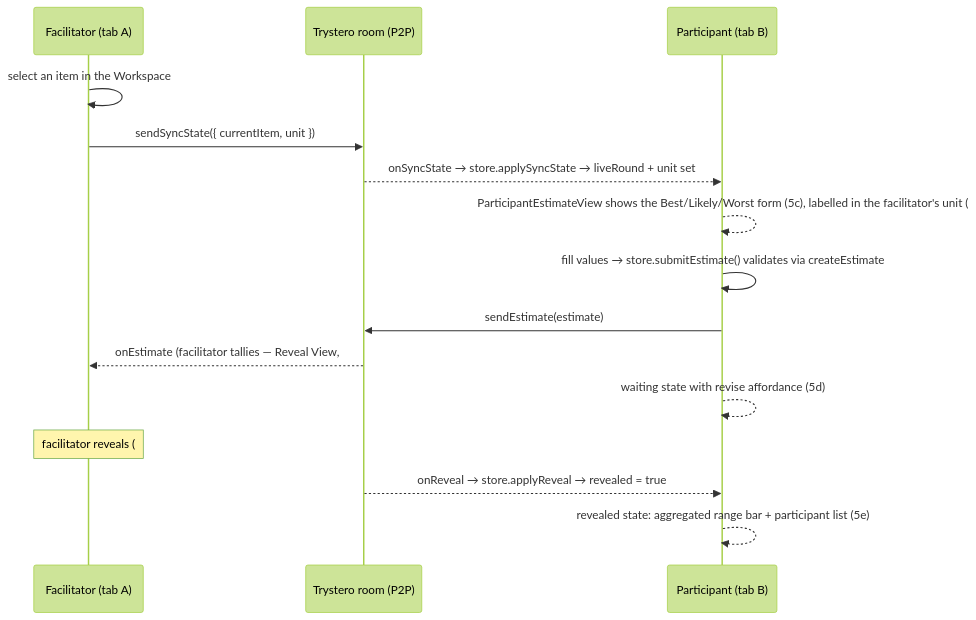
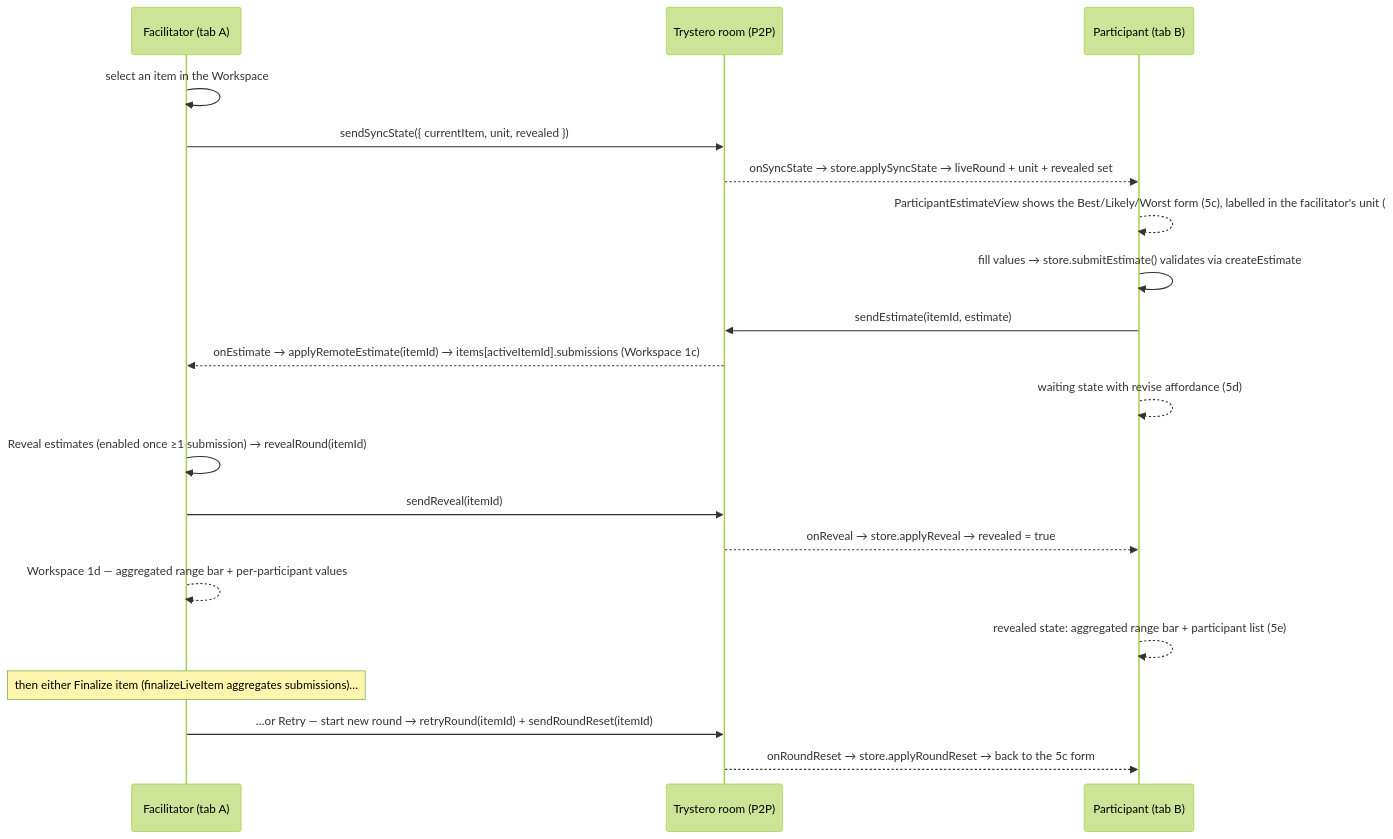
One commit to cfisch3r/estimate changed the third of 5 diagrams in docs/concepts/collaboration-mode.md. Above: the diagram before and after it, drawn with Mermaid (forest theme). The commit also changed other lines of this file and 22 other files, not shown here.

First line of the commit message:
Build the facilitator reveal flow: Workspace 1c → 1d (#8) (#45)

````diff
--- a/docs/concepts/collaboration-mode.md
+++ b/docs/concepts/collaboration-mode.md
@@ -148,18 +151,23 @@
 ```mermaid
 sequenceDiagram
   participant F as Facilitator (tab A)
   participant R as Trystero room (P2P)
   participant P as Participant (tab B)
 
   F->>F: select an item in the Workspace
-  F->>R: sendSyncState({ currentItem, unit })
-  R-->>P: onSyncState → store.applySyncState → liveRound + unit set
+  F->>R: sendSyncState({ currentItem, unit, revealed })
+  R-->>P: onSyncState → store.applySyncState → liveRound + unit + revealed set
   P-->>P: ParticipantEstimateView shows the Best/Likely/Worst form (5c), labelled in the facilitator's unit (#39)
   P->>P: fill values → store.submitEstimate() validates via createEstimate
-  P->>R: sendEstimate(estimate)
-  R-->>F: onEstimate (facilitator tallies — Reveal View, #8)
+  P->>R: sendEstimate(itemId, estimate)
+  R-->>F: onEstimate → applyRemoteEstimate(itemId) → items[activeItemId].submissions (Workspace 1c)
   P-->>P: waiting state with revise affordance (5d)
-  Note over F: facilitator reveals (#8) → sendReveal(itemId)
+  F->>F: Reveal estimates (enabled once ≥1 submission) → revealRound(itemId)
+  F->>R: sendReveal(itemId)
   R-->>P: onReveal → store.applyReveal → revealed = true
+  F-->>F: Workspace 1d — aggregated range bar + per-participant values
   P-->>P: revealed state: aggregated range bar + participant list (5e)
+  Note over F: then either Finalize item (finalizeLiveItem aggregates submissions)…
+  F->>R: …or Retry — start new round → retryRound(itemId) + sendRoundReset(itemId)
+  R-->>P: onRoundReset → store.applyRoundReset → back to the 5c form
 ```
````
